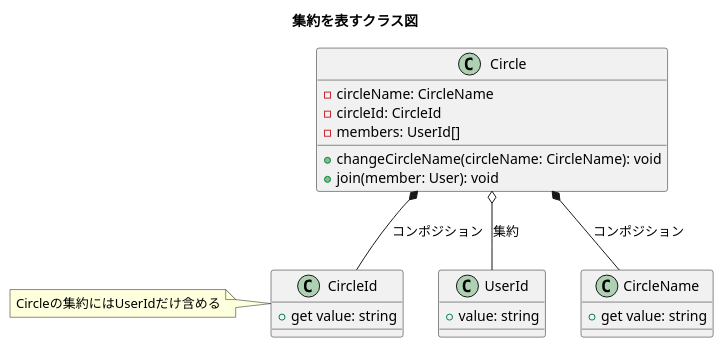
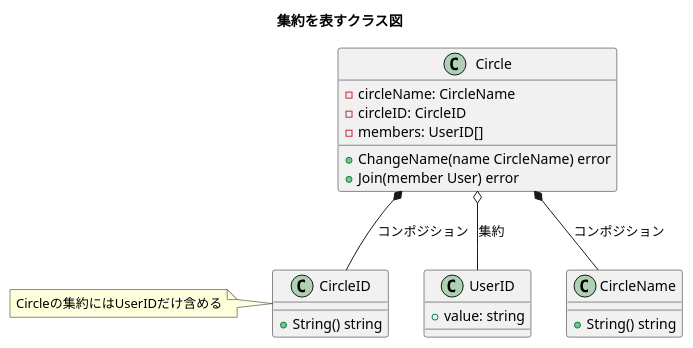
One commit to Yuki-TU/ddd changed the diagram in diagrams/ch12-aggregate-userid.puml. Above: the diagram before and after it, drawn with PlantUML. The commit also changed 40 other files, not shown here.

Commit message:
サンプルと図を Go の慣習に揃え、DDD の説明コメントを残す。

```diff
--- a/diagrams/ch12-aggregate-userid.puml
+++ b/diagrams/ch12-aggregate-userid.puml
@@ -1,30 +1,30 @@
 @startuml
 title 集約を表すクラス図
 
-class UserId {
+class UserID {
   + value: string
 }
 
 class Circle {
   - circleName: CircleName
-  - circleId: CircleId
-  - members: UserId[]
-  + changeCircleName(circleName: CircleName): void
-  + join(member: User): void
+  - circleID: CircleID
+  - members: UserID[]
+  + ChangeName(name CircleName) error
+  + Join(member User) error
 }
 
 class CircleName {
-  + get value: string
+  + String() string
 }
-class CircleId {
-  + get value: string
+class CircleID {
+  + String() string
 }
 
 note left
-Circleの集約にはUserIdだけ含める
+Circleの集約にはUserIDだけ含める
 endnote
 
-Circle *-- CircleId: コンポジション
+Circle *-- CircleID: コンポジション
 Circle *-- CircleName: コンポジション
-Circle o-- UserId: 集約
+Circle o-- UserID: 集約
 @enduml
```
